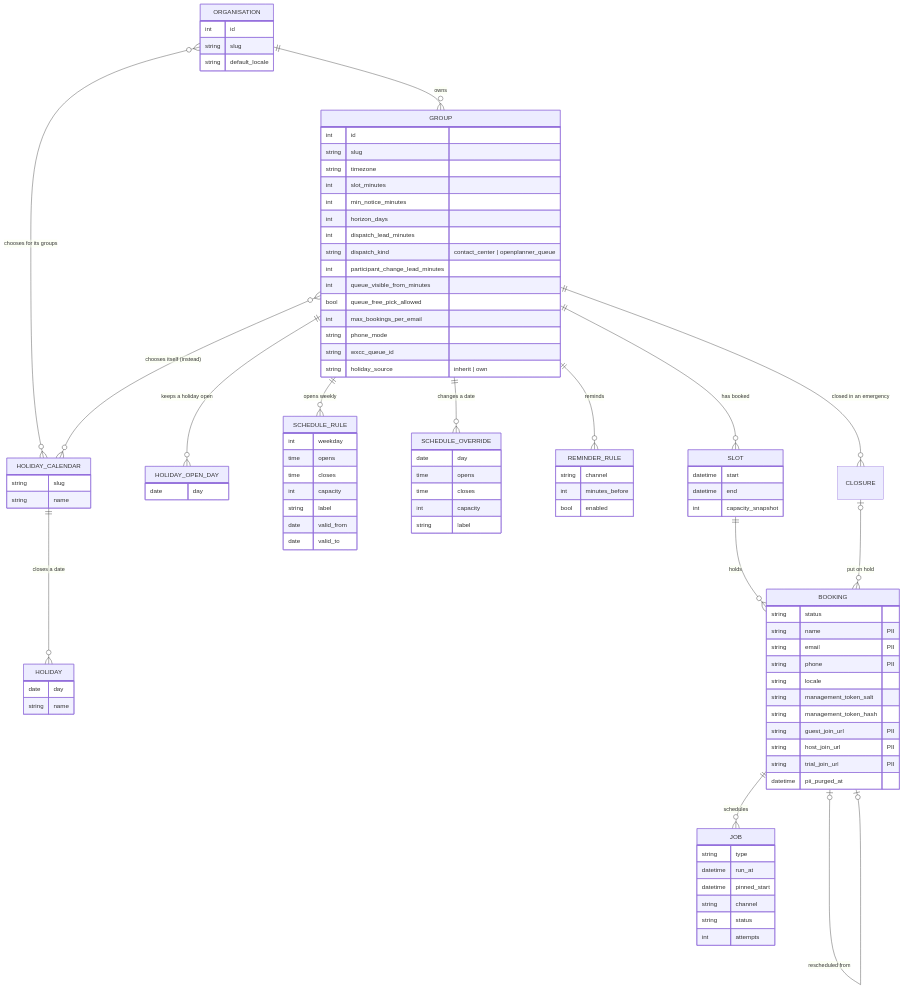
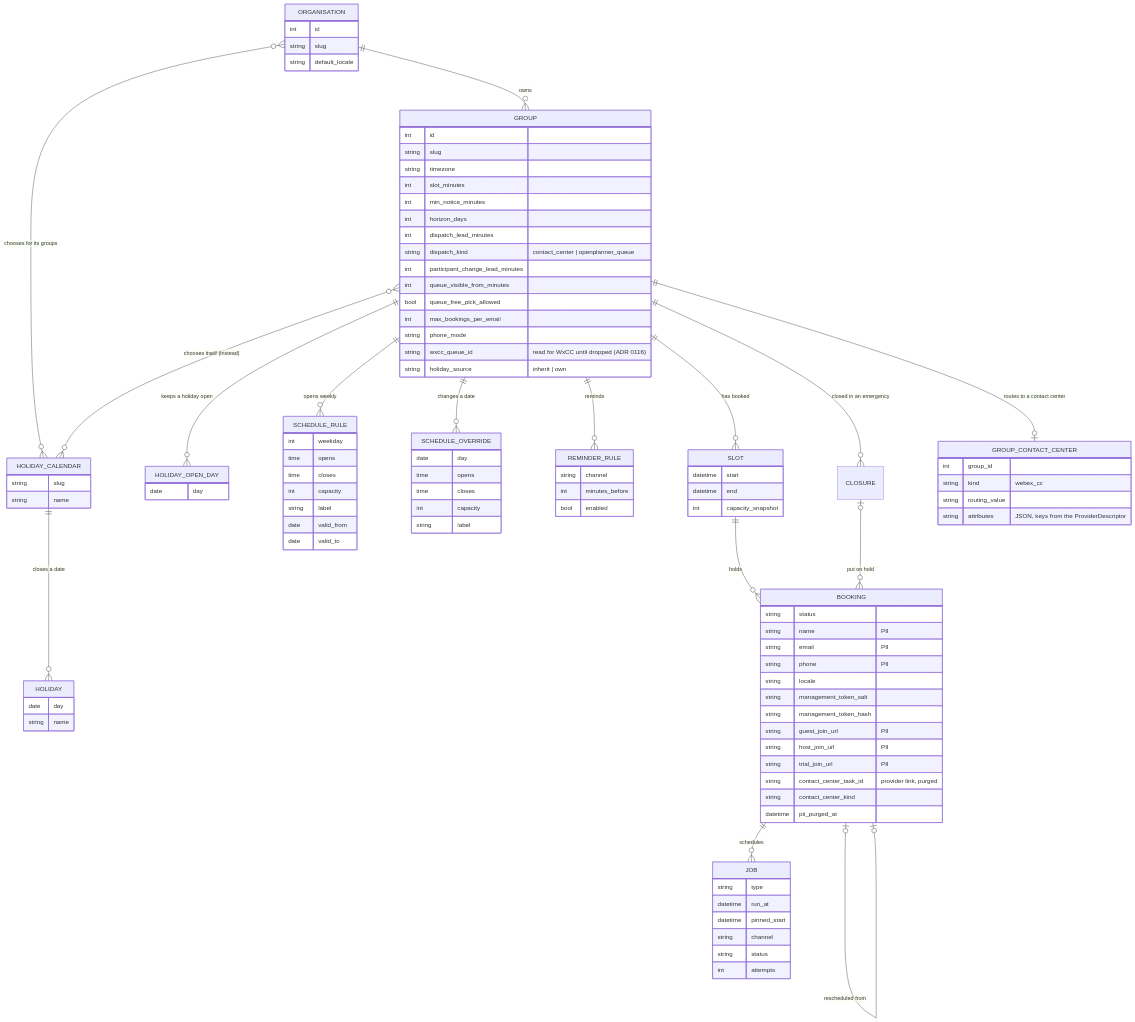
One commit to 3Corners-Labs/OpenPlanner changed the fifth of 18 diagrams in docs/architecture.md. Above: the diagram before and after it, drawn with Mermaid. The commit also changed other lines of this file and 10 other files, not shown here.

Commit message:
docs(contact-center): architecture, dataflow and plates for the neutral contact center (ADR 0032 CC-5)

```diff
--- a/docs/architecture.md
+++ b/docs/architecture.md
@@ -372,6 +382,7 @@
     GROUP ||--o{ CLOSURE : "closed in an emergency"
     CLOSURE |o--o{ BOOKING : "put on hold"
     BOOKING |o--o| BOOKING : "rescheduled from"
+    GROUP ||--o| GROUP_CONTACT_CENTER : "routes to a contact center"
 
     ORGANISATION {
         int id
@@ -392,8 +403,14 @@
         bool queue_free_pick_allowed
         int max_bookings_per_email
         string phone_mode
-        string wxcc_queue_id
+        string wxcc_queue_id "read for WxCC until dropped (ADR 0116)"
         string holiday_source "inherit | own"
+    }
+    GROUP_CONTACT_CENTER {
+        int group_id
+        string kind "webex_cc"
+        string routing_value
+        string attributes "JSON, keys from the ProviderDescriptor"
     }
     HOLIDAY_CALENDAR {
         string slug
@@ -443,6 +460,8 @@
         string guest_join_url "PII"
         string host_join_url "PII"
         string trial_join_url "PII"
+        string contact_center_task_id "provider link, purged"
+        string contact_center_kind
         datetime pii_purged_at
     }
     JOB {
```
